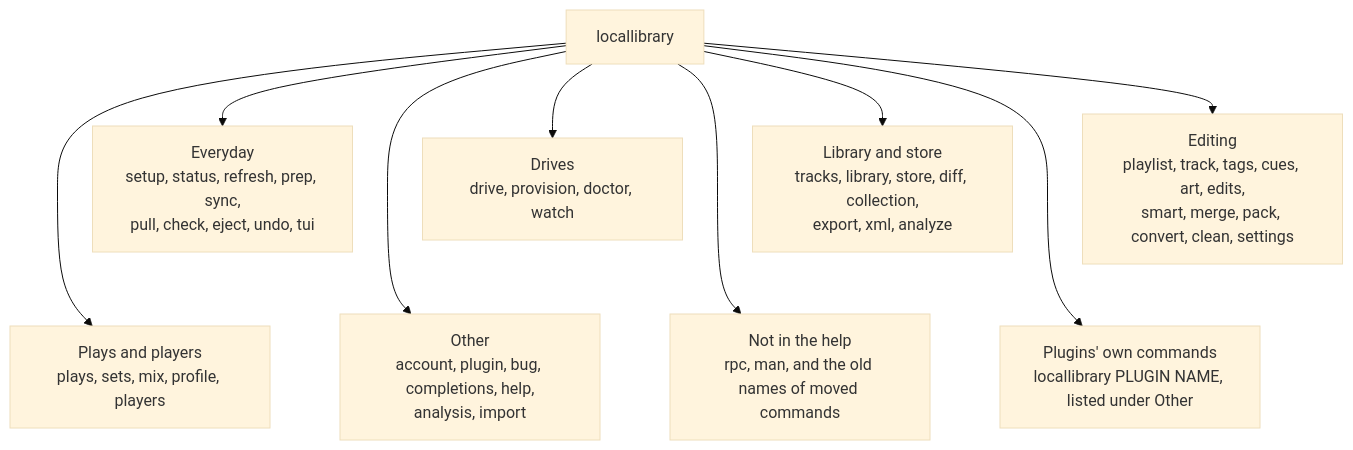
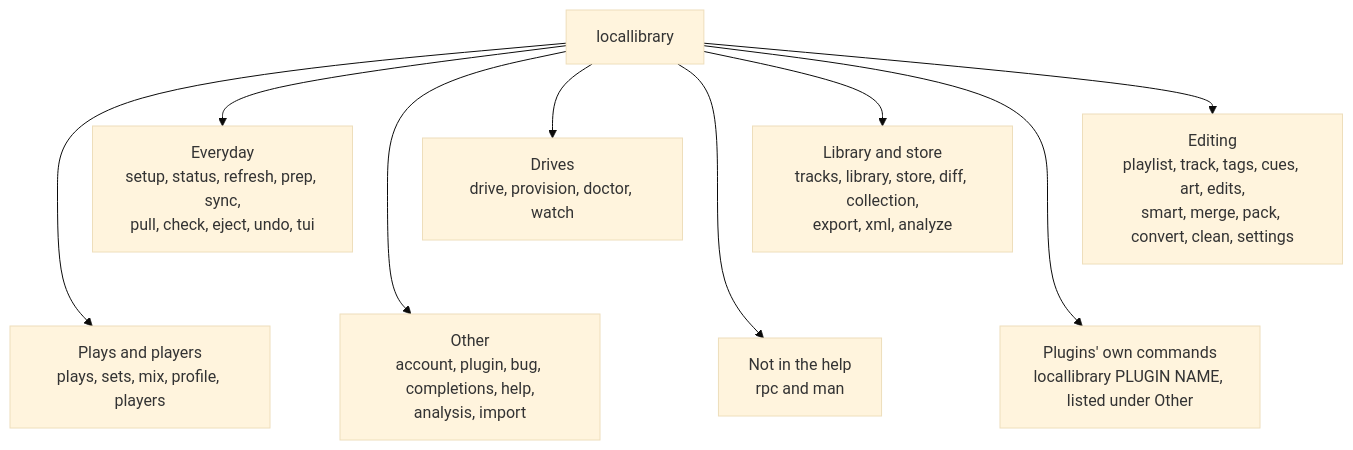
The fifth of 11 diagrams in apps/locallibrary/README.md (cutenode/localnetwork), drawn with Mermaid (base theme) before and after one commit. The commit also changed 88 other files, not shown here.

````diff
--- a/apps/locallibrary/README.md
+++ b/apps/locallibrary/README.md
@@ -354,16 +354,16 @@
 ```mermaid
 flowchart TD
     hub["locallibrary"]
     hub --> everyday["Everyday<br/>setup, status, refresh, prep, sync,<br/>pull, check, eject, undo, tui"]
     hub --> drives["Drives<br/>drive, provision, doctor, watch"]
     hub --> library["Library and store<br/>tracks, library, store, diff, collection,<br/>export, xml, analyze"]
     hub --> editing["Editing<br/>playlist, track, tags, cues, art, edits,<br/>smart, merge, pack, convert, clean, settings"]
     hub --> plays["Plays and players<br/>plays, sets, mix, profile, players"]
     hub --> other["Other<br/>account, plugin, bug, completions, help,<br/>analysis, import"]
-    hub --> hidden["Not in the help<br/>rpc, man, and the old names of moved commands"]
+    hub --> hidden["Not in the help<br/>rpc and man"]
     hub --> added["Plugins' own commands<br/>locallibrary PLUGIN NAME, listed under Other"]
     everyday ~~~ plays
     drives ~~~ other
     library ~~~ hidden
     editing ~~~ added
 ```
````
